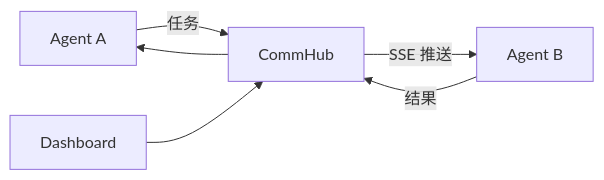
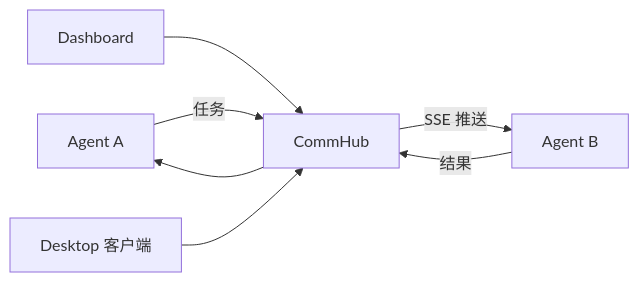
The diagram in docs-site/docs/guide/introduction.md (sleep2agi/agent-network), drawn with Mermaid before and after one commit. The commit also changed other lines of this file and 1 other file, not shown here.

First line of the commit message:
docs(introduction): 架构图加上 Desktop 客户端 —— Vincent 圈图指出的缺口

````diff
--- a/docs-site/docs/guide/introduction.md
+++ b/docs-site/docs/guide/introduction.md
@@ -7,8 +7,9 @@
 ```mermaid
 flowchart LR
   A[Agent A] -->|任务| H[CommHub]
   H -->|SSE 推送| B[Agent B]
   B -->|结果| H
   H --> A
   D[Dashboard] --> H
+  C[Desktop 客户端] --> H
 ```
````
